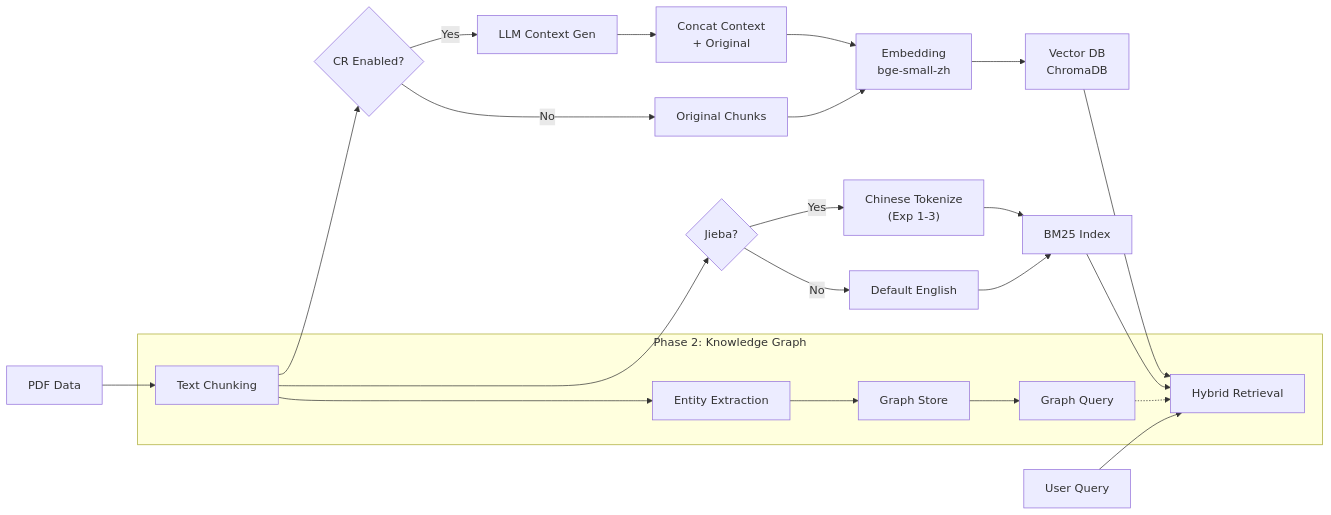
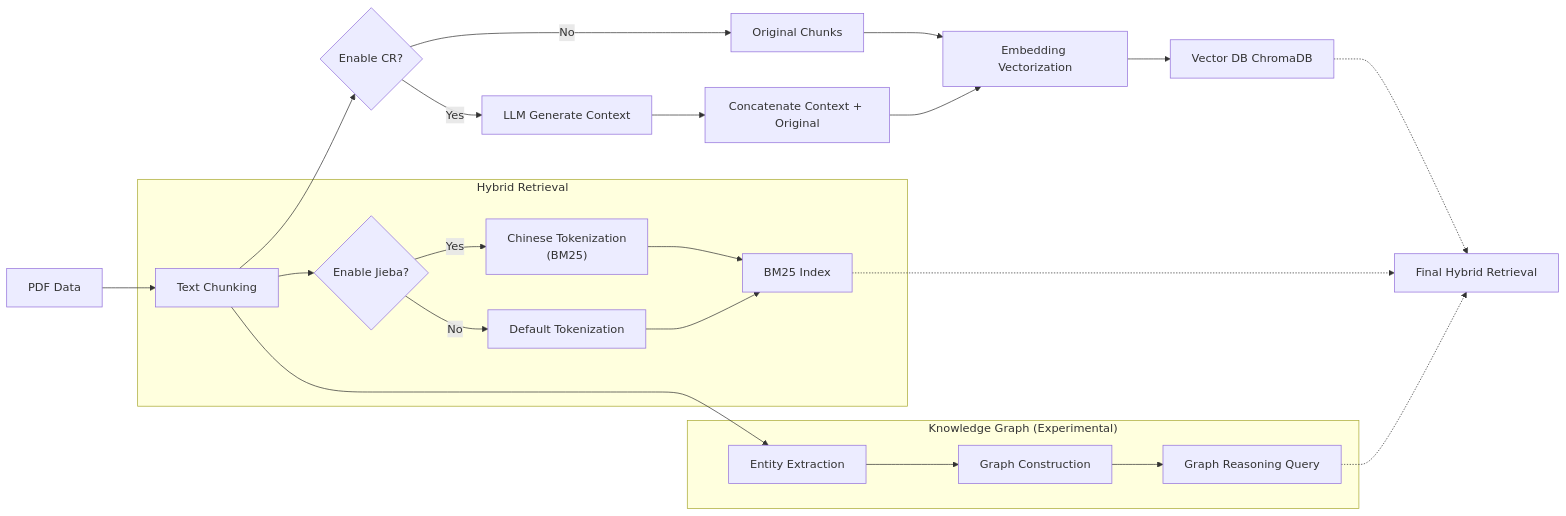
Before and after one commit to roclee2692/contextual-retrieval-by-anthropic: the diagram in README.md, drawn with Mermaid. The commit also changed other lines of this file and 1 other file, not shown here.

First line of the commit message:
docs: Reorganize README with clear phase structure

````diff
--- a/README.md
+++ b/README.md
@@ -248,26 +243,29 @@
 ```mermaid
 graph LR
     A[PDF Data] --> B[Text Chunking]
-    B --> C{CR Enabled?}
-    C -->|Yes| D[LLM Context Gen]
+    B --> C{Enable CR?}
+    C -->|Yes| D[LLM Generate Context]
     C -->|No| E[Original Chunks]
-    D --> F[Concat Context<br/>+ Original]
-    E --> G[Embedding<br/>bge-small-zh]
+    D --> F[Concatenate Context + Original]
+    E --> G[Embedding Vectorization]
     F --> G
-    G --> H[Vector DB<br/>ChromaDB]
-    B --> I{Jieba?}
-    I -->|Yes| J["Chinese Tokenize<br/>(Exp 1-3)"]
-    I -->|No| K[Default English]
+    G --> H[Vector DB ChromaDB]
+    
+    subgraph Hybrid Retrieval
+    B --> I{Enable Jieba?}
+    I -->|Yes| J["Chinese Tokenization<br/>(BM25)"]
+    I -->|No| K[Default Tokenization]
     J --> L[BM25 Index]
     K --> L
-    M[User Query] --> N[Hybrid Retrieval]
-    H --> N
-    L --> N
+    end
+
+    subgraph "Knowledge Graph (Experimental)"
+    B --> M[Entity Extraction]
+    M --> N[Graph Construction]
+    N --> O[Graph Reasoning Query]
+    end
     
-    subgraph "Phase 2: Knowledge Graph"
-    B --> O[Entity Extraction]
-    O --> P[Graph Store]
-    P --> Q[Graph Query]
-    Q -.-> N
-    end
+    H -.-> P[Final Hybrid Retrieval]
+    L -.-> P
+    O -.-> P
 ```
````
